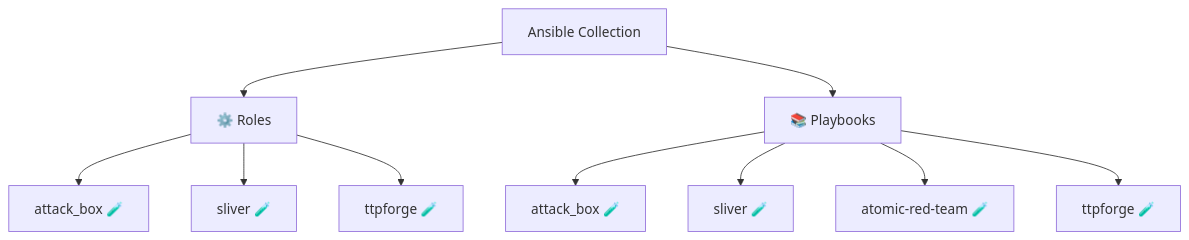
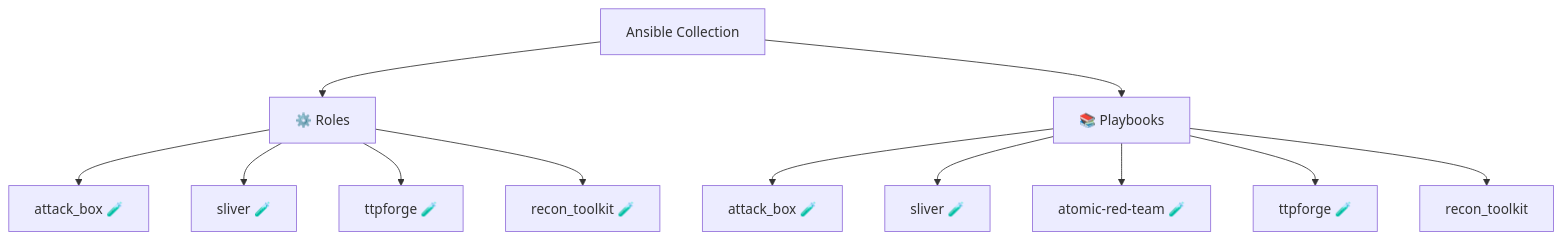
One commit to l50/ansible-collection-arsenal changed the diagram in README.md. Above: the diagram before and after it, drawn with Mermaid. The commit also changed 15 other files, not shown here.

First line of the commit message:
feat: add recon_toolkit role for automated reconnaissance tool installation

````diff
--- a/README.md
+++ b/README.md
@@ -13,13 +13,15 @@
 ```mermaid
 graph TD
     Collection[Ansible Collection]
     Collection --> Roles[⚙️ Roles]
     Roles --> R0[attack_box 🧪]
     Roles --> R1[sliver 🧪]
     Roles --> R2[ttpforge 🧪]
+    Roles --> R3[recon_toolkit 🧪]
     Collection --> Playbooks[📚 Playbooks]
     Playbooks --> PB0[attack_box 🧪]
     Playbooks --> PB1[sliver 🧪]
     Playbooks --> PB2[atomic-red-team 🧪]
     Playbooks --> PB3[ttpforge 🧪]
+    Playbooks --> PB4[recon_toolkit]
 ```
````
